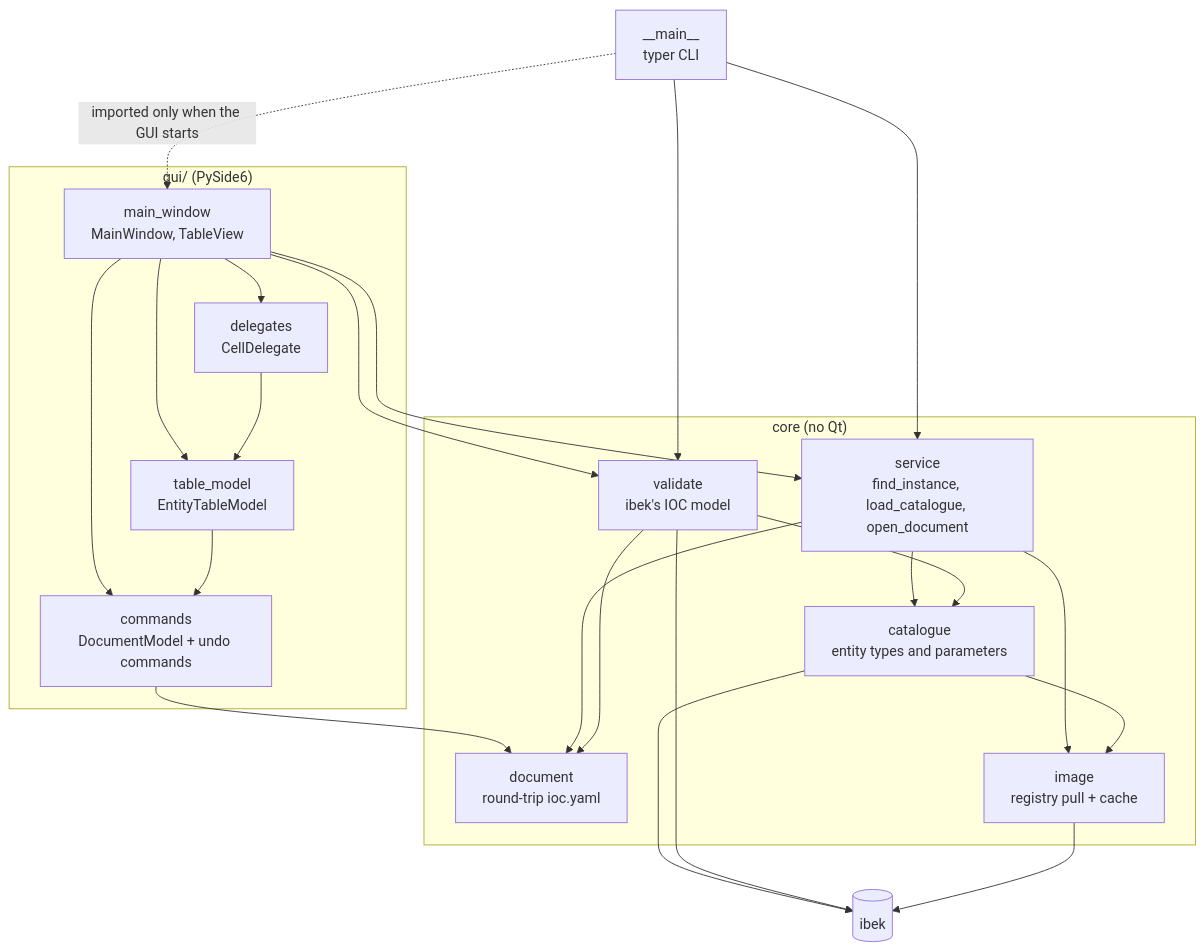
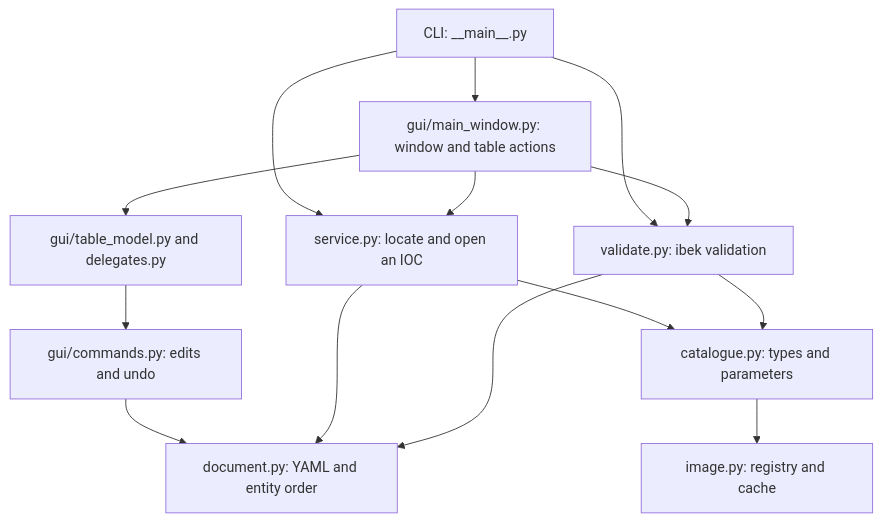
One commit to DiamondLightSource/dls-ibek-yaml-editor changed the first of 3 diagrams in docs/architecture.md. Above: the diagram before and after it, drawn with Mermaid. The commit also changed other lines of this file and 2 other files, not shown here.

Commit message:
docs: simplify usage, architecture and testing guides

````diff
--- a/docs/architecture.md
+++ b/docs/architecture.md
@@ -8,29 +9,16 @@
 ```mermaid
 flowchart TD
-    main["__main__<br/>typer CLI"]
-    subgraph gui ["gui/ (PySide6)"]
-        window["main_window<br/>MainWindow, TableView"]
-        table["table_model<br/>EntityTableModel"]
-        delegates["delegates<br/>CellDelegate"]
-        commands["commands<br/>DocumentModel + undo commands"]
-    end
-    subgraph core ["core (no Qt)"]
-        service["service<br/>find_instance, load_catalogue, open_document"]
-        validate["validate<br/>ibek's IOC model"]
-        document["document<br/>round-trip ioc.yaml"]
-        catalogue["catalogue<br/>entity types and parameters"]
-        image["image<br/>registry pull + cache"]
-    end
-    ibek[("ibek")]
-
-    main --> service & validate
-    main -. "imported only when the GUI starts" .-> window
-    window --> table & delegates & commands & service & validate
-    delegates --> table
-    table --> commands
-    commands --> document
-    service --> catalogue & document & image
-    validate --> document & catalogue
-    catalogue --> image
-    catalogue & validate & image --> ibek
+    CLI["CLI: __main__.py"] --> Service["service.py: locate and open an IOC"]
+    CLI --> Window["gui/main_window.py: window and table actions"]
+    CLI --> Validation["validate.py: ibek validation"]
+    Window --> Service
+    Window --> Validation
+    Window --> Table["gui/table_model.py and delegates.py"]
+    Table --> Commands["gui/commands.py: edits and undo"]
+    Commands --> Document["document.py: YAML and entity order"]
+    Service --> Document
+    Service --> Catalogue["catalogue.py: types and parameters"]
+    Catalogue --> Image["image.py: registry and cache"]
+    Validation --> Document
+    Validation --> Catalogue
 ```
````
